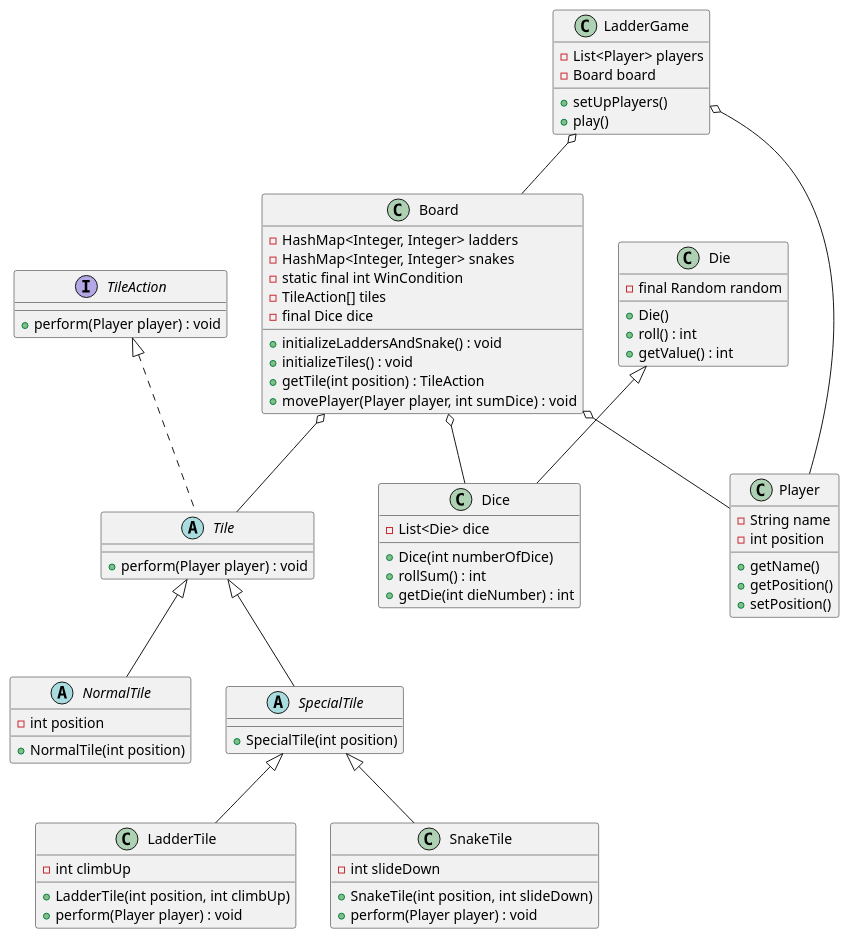
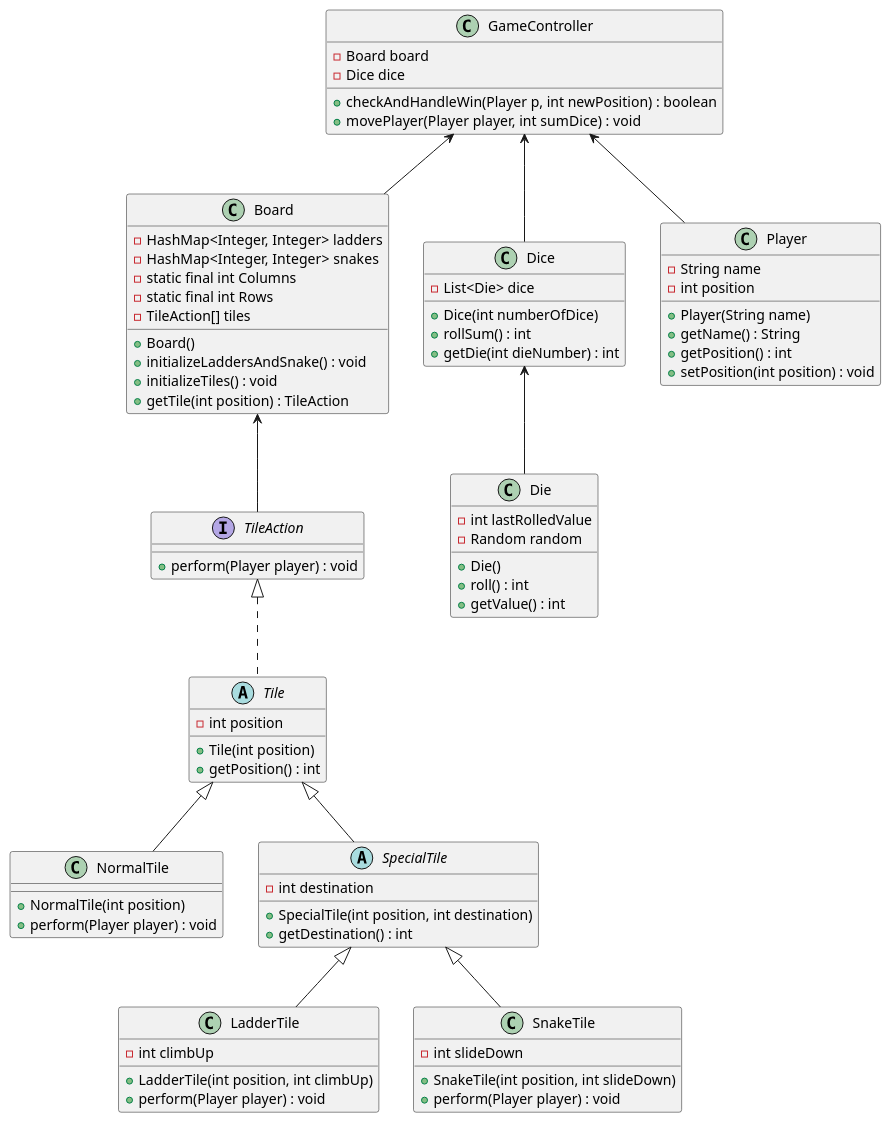
Before and after one commit to sigveer/Boardgame: the diagram in src/plantUML/ClassDiagram(FirstDraft).puml, drawn with PlantUML.

Commit message:
Refactor class diagram

```diff
--- a/src/plantUML/ClassDiagram(FirstDraft).puml
+++ b/src/plantUML/ClassDiagram(FirstDraft).puml
@@ -1,88 +1,83 @@
 @startuml
-interface TileAction{
-    + perform(Player player) : void
-}
-
-abstract class Tile {
-    + perform(Player player) : void
-}
-
-abstract class NormalTile {
-    - int position
-    + NormalTile(int position)
-}
-
-abstract class SpecialTile {
-    + SpecialTile(int position)
-}
-
-class LadderTile {
-    - int climbUp
-    + LadderTile(int position, int climbUp)
-    + perform(Player player) : void
-}
-
-class SnakeTile {
-    - int slideDown
-    + SnakeTile(int position, int slideDown)
-    + perform(Player player) : void
-}
-
-class Board {
+  class Board {
     - HashMap<Integer, Integer> ladders
     - HashMap<Integer, Integer> snakes
-    - static final int WinCondition
+    - static final int Columns
+    - static final int Rows
     - TileAction[] tiles
-    - final Dice dice
+    + Board()
     + initializeLaddersAndSnake() : void
     + initializeTiles() : void
     + getTile(int position) : TileAction
-    + movePlayer(Player player, int sumDice) : void
-}
+  }
 
-class Die {
-    - final Random random
-    + Die()
-    + roll() : int
-    + getValue() : int
-}
-
-class Dice {
+  class Dice {
     - List<Die> dice
     + Dice(int numberOfDice)
     + rollSum() : int
     + getDie(int dieNumber) : int
+  }
+
+  class Die {
+    - int lastRolledValue
+    - Random random
+    + Die()
+    + roll() : int
+    + getValue() : int
+  }
+
+  class Player {
+    - String name
+    - int position
+    + Player(String name)
+    + getName() : String
+    + getPosition() : int
+    + setPosition(int position) : void
+  }
+
+  interface TileAction {
+    + perform(Player player) : void
+  }
+
+  abstract class Tile implements TileAction {
+    - int position
+    + Tile(int position)
+    + getPosition() : int
+  }
+
+  class NormalTile extends Tile {
+    + NormalTile(int position)
+    + perform(Player player) : void
+  }
+
+  abstract class SpecialTile extends Tile {
+    - int destination
+    + SpecialTile(int position, int destination)
+    + getDestination() : int
+  }
+
+  class LadderTile extends SpecialTile {
+    - int climbUp
+    + LadderTile(int position, int climbUp)
+    + perform(Player player) : void
+  }
+
+  class SnakeTile extends SpecialTile {
+    - int slideDown
+    + SnakeTile(int position, int slideDown)
+    + perform(Player player) : void
+  }
+class GameController {
+ - Board board
+    - Dice dice
+    + checkAndHandleWin(Player p, int newPosition) : boolean
+    + movePlayer(Player player, int sumDice) : void
 }
 
-class Player {
-    - String name
-    - int position
-    + getName()
-    + getPosition()
-    + setPosition()
-}
-
-class LadderGame {
-    - List<Player> players
-    - Board board
-    + setUpPlayers()
-    + play()
-}
-
-
-TileAction <|.. Tile
-Tile <|-- NormalTile
-Tile <|-- SpecialTile
-SpecialTile <|-- LadderTile
-SpecialTile <|-- SnakeTile
-
-Board o-- Tile
-Board o-- Player
-Board o-- Dice
-
-Die <|-- Dice
-
-LadderGame o-- Board
-LadderGame o-- Player
+Board <-- TileAction
+Dice <-- Die
+GameController <-- Board
+GameController <-- Dice
+GameController <-- Player
 
 @enduml
```
